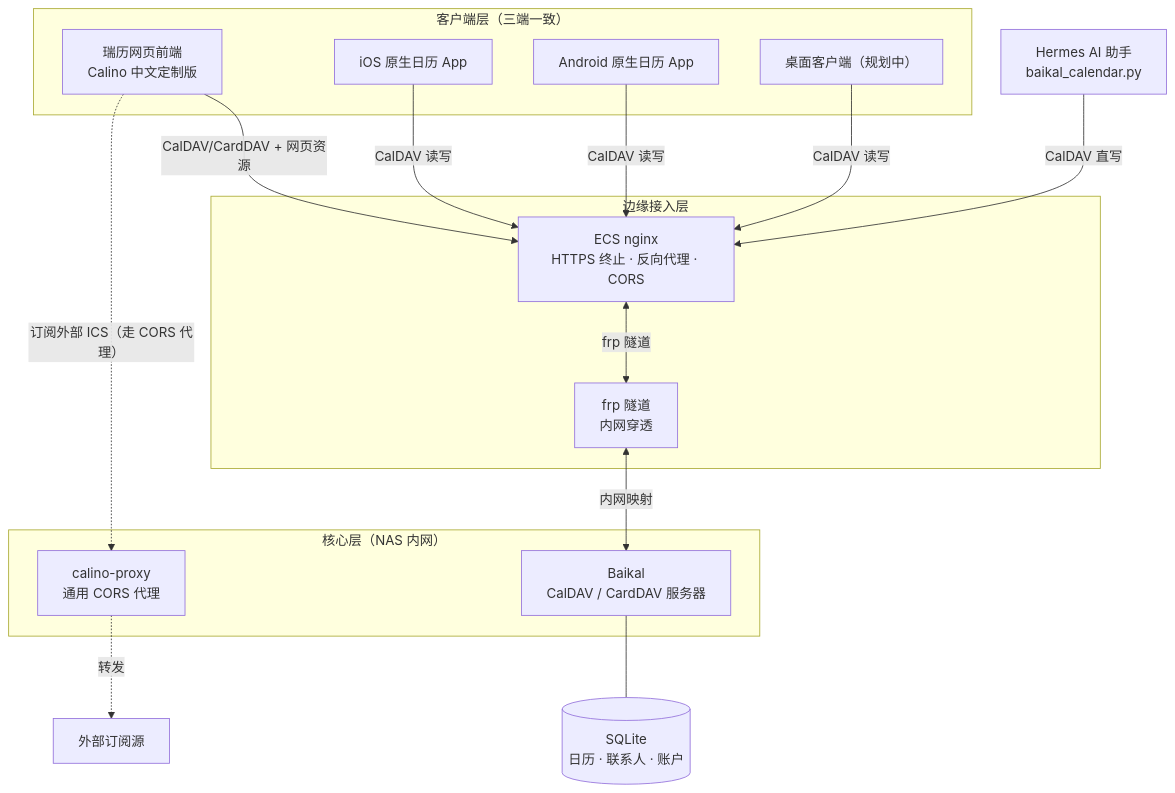
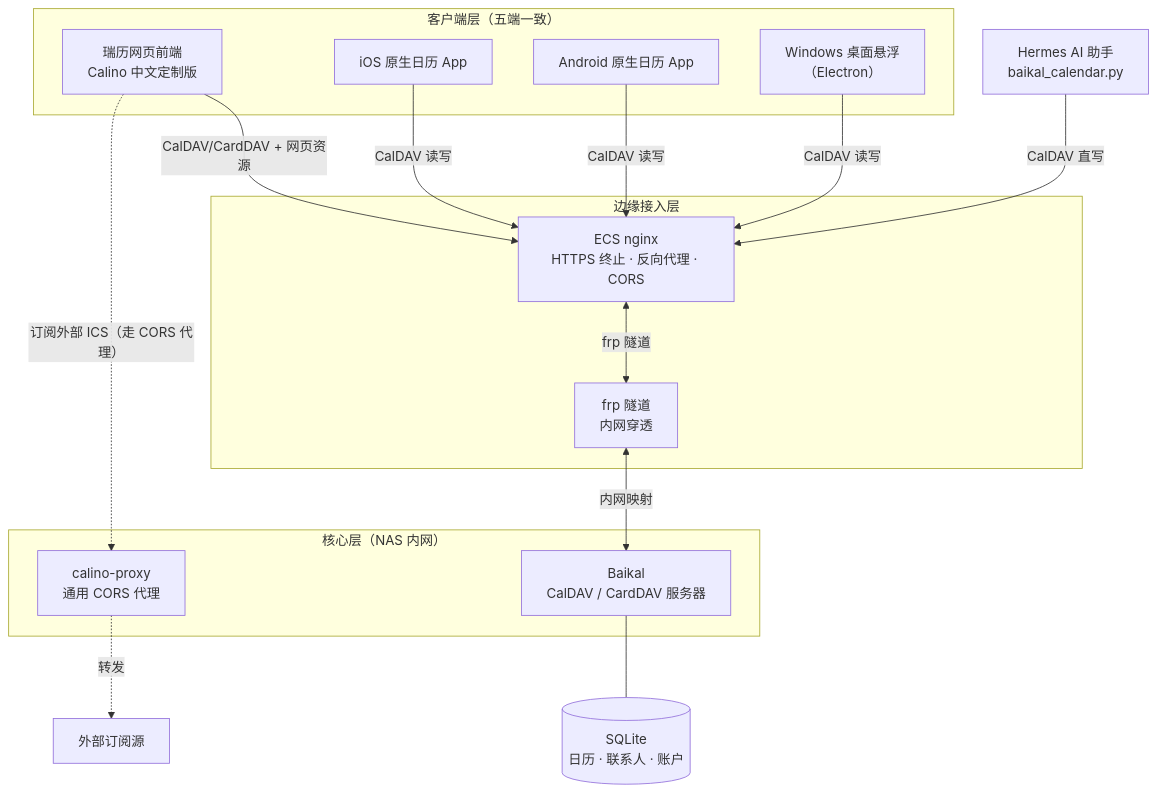
The second of 4 diagrams in README.md (vector9584/rui-calendar), drawn with Mermaid before and after one commit. The commit also changed other lines of this file and 14 other files, not shown here.

Commit message:
新增 Windows 桌面悬浮客户端（Electron）；README 重写：能做什么放开头、桌面端改为已完成

````diff
--- a/README.md
+++ b/README.md
@@ -116,33 +131,33 @@
 ```mermaid
 flowchart TB
-    subgraph Clients["客户端层（三端一致）"]
+    subgraph Clients["客户端层（五端一致）"]
         Web["瑞历网页前端<br/>Calino 中文定制版"]
         iOS["iOS 原生日历 App"]
         Android["Android 原生日历 App"]
-        Desktop["桌面客户端（规划中）"]
+        Desktop["Windows 桌面悬浮<br/>（Electron）"]
     end
 
     subgraph Edge["边缘接入层"]
         Nginx["ECS nginx<br/>HTTPS 终止 · 反向代理 · CORS"]
         Frp["frp 隧道<br/>内网穿透"]
     end
 
     subgraph Core["核心层（NAS 内网）"]
         Baikal["Baikal<br/>CalDAV / CardDAV 服务器"]
         Proxy["calino-proxy<br/>通用 CORS 代理"]
     end
 
     Storage[("SQLite<br/>日历 · 联系人 · 账户")]
     Hermes["Hermes AI 助手<br/>baikal_calendar.py"]
 
     Web -->|"CalDAV/CardDAV + 网页资源"| Nginx
     iOS -->|"CalDAV 读写"| Nginx
     Android -->|"CalDAV 读写"| Nginx
     Desktop -->|"CalDAV 读写"| Nginx
     Nginx <-->|"frp 隧道"| Frp
     Frp <-->|"内网映射"| Baikal
     Baikal --- Storage
     Web -.->|"订阅外部 ICS（走 CORS 代理）"| Proxy
     Proxy -.->|"转发"| External["外部订阅源"]
     Hermes -->|"CalDAV 直写"| Nginx
 ```
````
